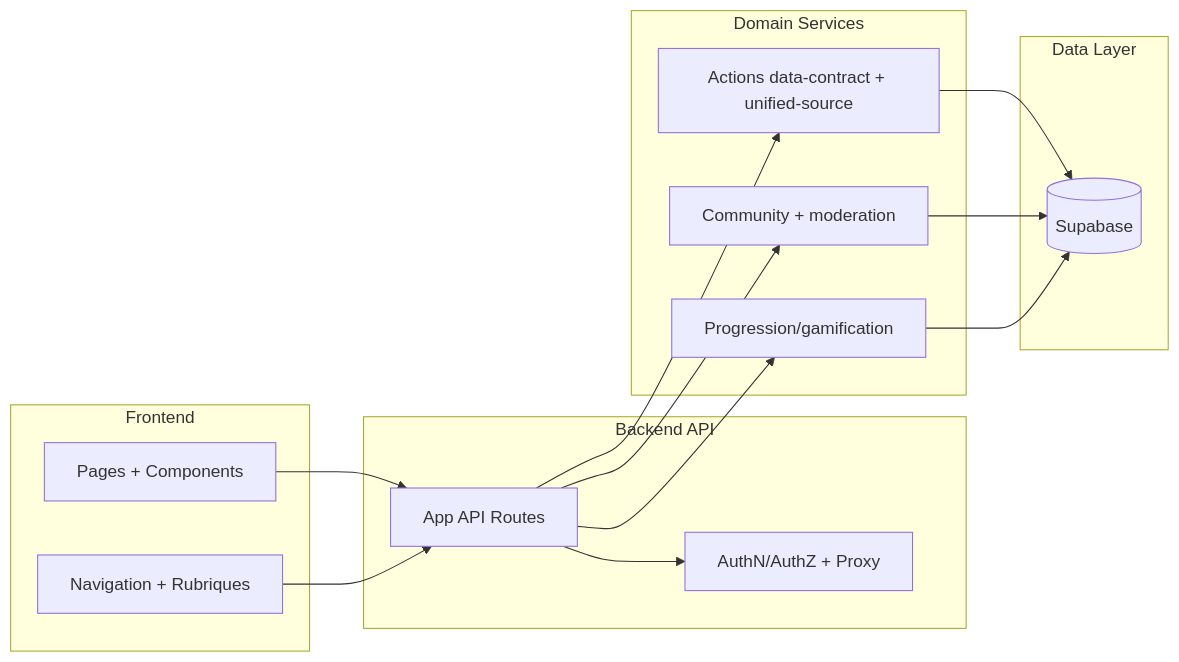
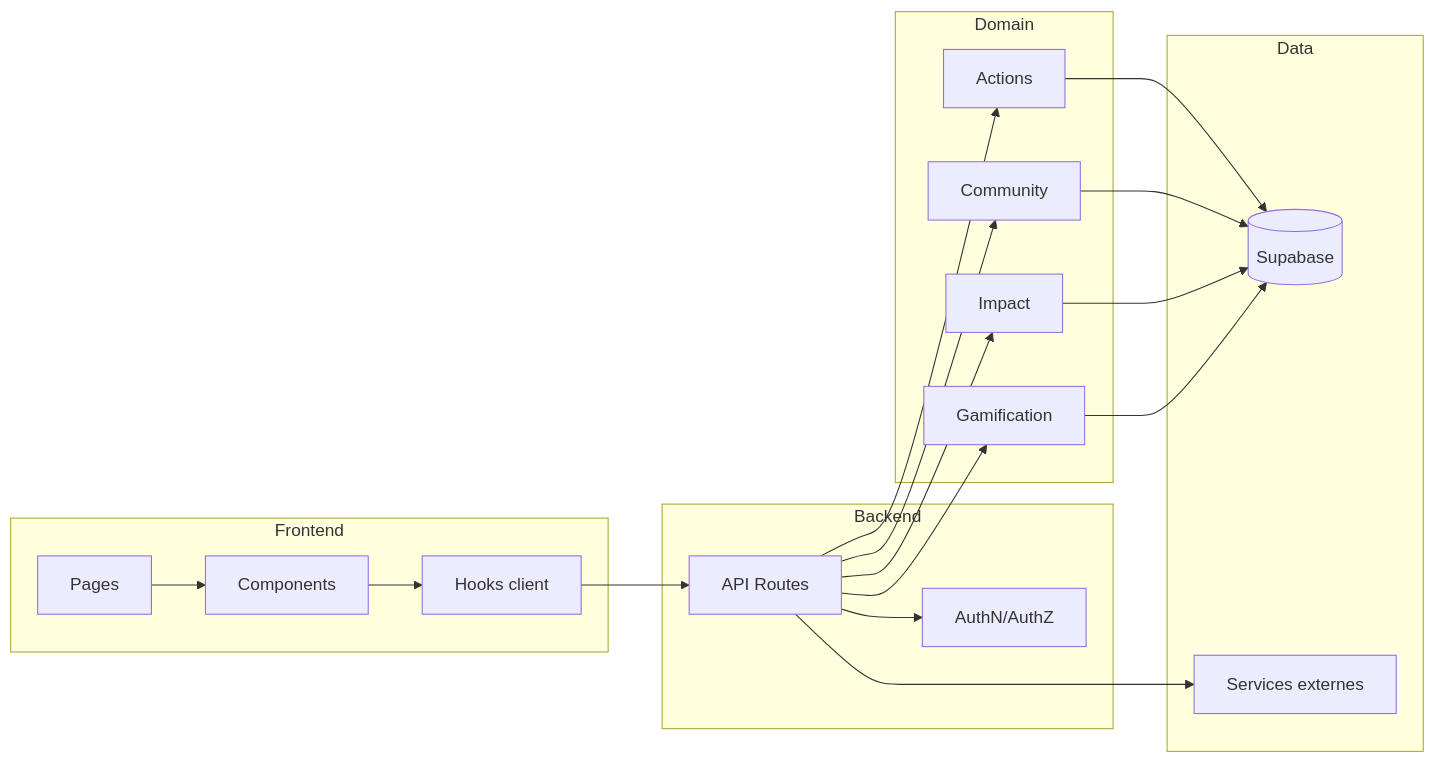
The diagram in documentation/architecture/frontend-backend-boundaries.md (maxd4/CleanmyMap), drawn with Mermaid before and after one commit. The commit also changed other lines of this file and 58 other files, not shown here.

````diff
--- a/documentation/architecture/frontend-backend-boundaries.md
+++ b/documentation/architecture/frontend-backend-boundaries.md
@@ -4,32 +5,39 @@
 ```mermaid
 flowchart LR
-  subgraph FE[Frontend]
-    UI[Pages + Components]
-    NAV[Navigation + Rubriques]
+  subgraph Frontend
+    PAGE[Pages]
+    UI[Components]
+    HOOKS[Hooks client]
   end
 
-  subgraph API[Backend API]
-    ROUTES[App API Routes]
-    AUTH[AuthN/AuthZ + Proxy]
+  subgraph Backend
+    API[API Routes]
+    AUTH[AuthN/AuthZ]
   end
 
-  subgraph DOMAIN[Domain Services]
-    ACTIONS[Actions data-contract + unified-source]
-    COMMUNITY[Community + moderation]
-    GAMIFICATION[Progression/gamification]
+  subgraph Domain
+    ACTIONS[Actions]
+    COMMUNITY[Community]
+    IMPACT[Impact]
+    GAME[Gamification]
   end
 
-  subgraph DATA[Data Layer]
-    SUPA[(Supabase)]
+  subgraph Data
+    SB[(Supabase)]
+    EXT[Services externes]
   end
 
-  UI --> ROUTES
-  NAV --> ROUTES
-  ROUTES --> AUTH
-  ROUTES --> ACTIONS
-  ROUTES --> COMMUNITY
-  ROUTES --> GAMIFICATION
-  ACTIONS --> SUPA
-  COMMUNITY --> SUPA
-  GAMIFICATION --> SUPA
+  PAGE --> UI
+  UI --> HOOKS
+  HOOKS --> API
+  API --> AUTH
+  API --> ACTIONS
+  API --> COMMUNITY
+  API --> IMPACT
+  API --> GAME
+  ACTIONS --> SB
+  COMMUNITY --> SB
+  IMPACT --> SB
+  GAME --> SB
+  API --> EXT
 ```
````
